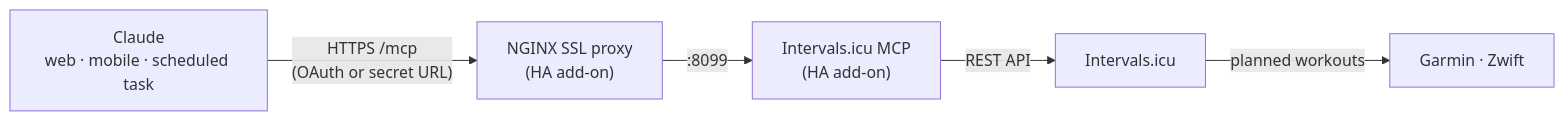
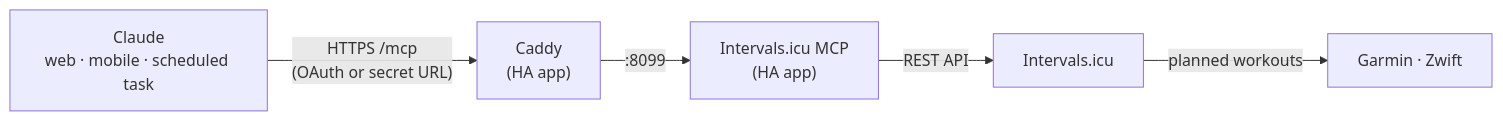
The diagram in README.md (bjorngadde/intervals-icu-mcp), drawn with Mermaid before and after one commit. The commit also changed other lines of this file and 16 other files, not shown here.

````diff
--- a/README.md
+++ b/README.md
@@ -26,7 +25,7 @@
 ```mermaid
 flowchart LR
-    C["Claude<br/>web · mobile · scheduled task"] -- "HTTPS /mcp<br/>(OAuth or secret URL)" --> N["NGINX SSL proxy<br/>(HA add-on)"]
-    N -- ":8099" --> A["Intervals.icu MCP<br/>(HA add-on)"]
+    C["Claude<br/>web · mobile · scheduled task"] -- "HTTPS /mcp<br/>(OAuth or secret URL)" --> N["Caddy<br/>(HA app)"]
+    N -- ":8099" --> A["Intervals.icu MCP<br/>(HA app)"]
     A -- "REST API" --> I["Intervals.icu"]
     I -- "planned workouts" --> D["Garmin · Zwift"]
 ```
````
